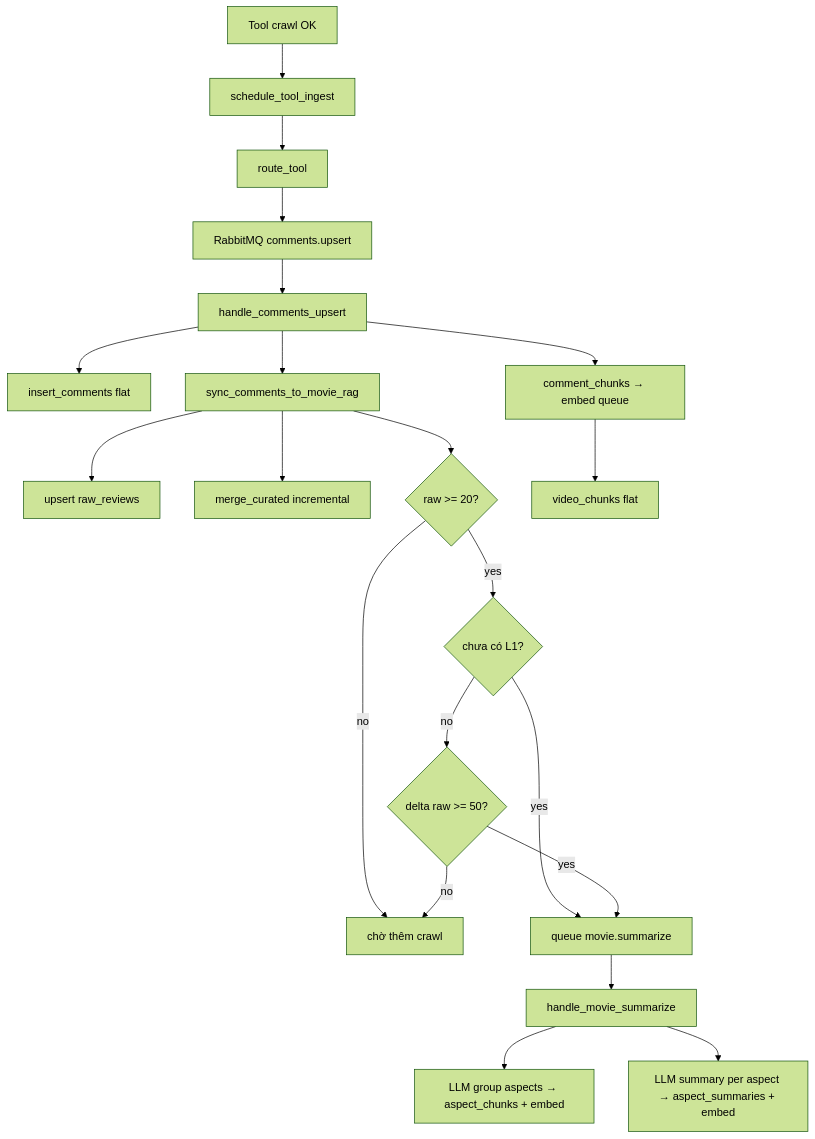
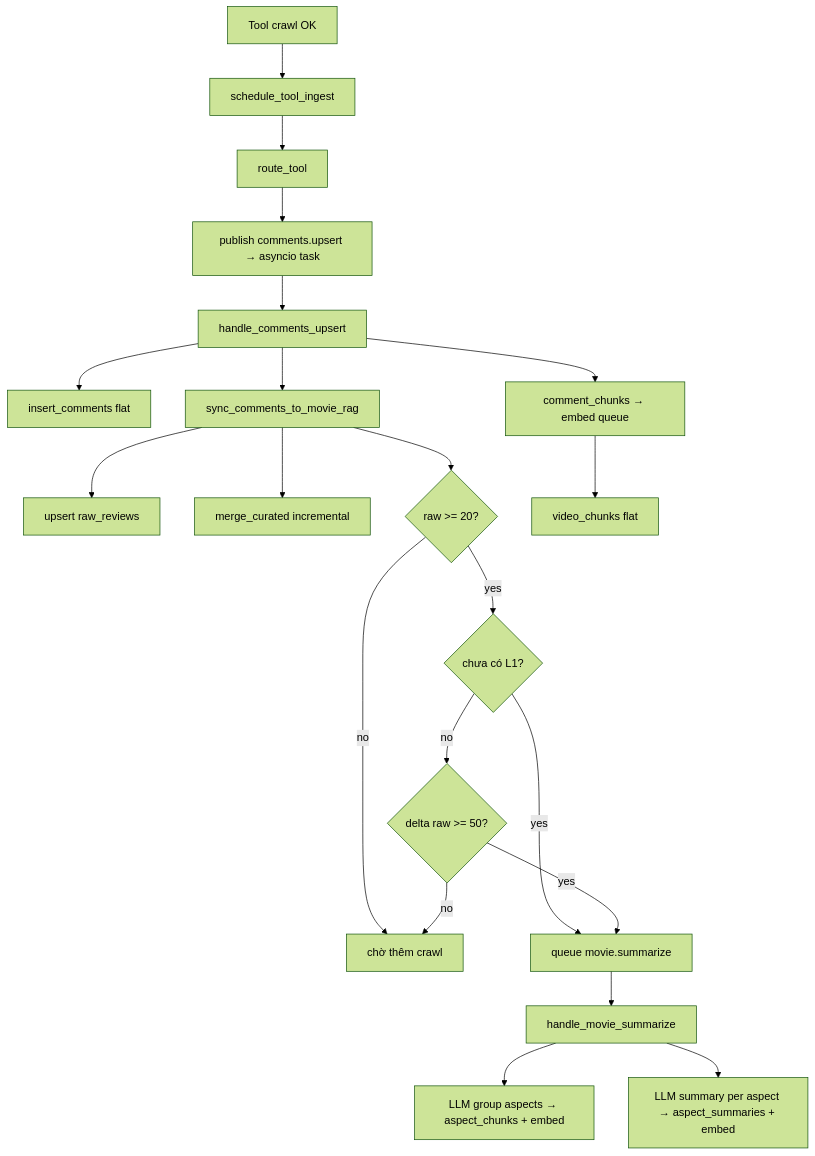
One commit to himmler0225/ai-layer changed the second of 2 diagrams in docs/RAG-GUIDE.md. Above: the diagram before and after it, drawn with Mermaid (forest theme). The commit also changed other lines of this file and 37 other files, not shown here.

````diff
--- a/docs/RAG-GUIDE.md
+++ b/docs/RAG-GUIDE.md
@@ -124,23 +124,23 @@
 ```mermaid
 flowchart TD
     A[Tool crawl OK] --> B[schedule_tool_ingest]
     B --> C[route_tool]
-    C --> D[RabbitMQ comments.upsert]
+    C --> D[publish comments.upsert → asyncio task]
     D --> E[handle_comments_upsert]
     E --> F[insert_comments flat]
     E --> G[sync_comments_to_movie_rag]
     G --> H[upsert raw_reviews]
     G --> I[merge_curated incremental]
     G --> J{raw >= 20?}
     J -->|no| L[chờ thêm crawl]
     J -->|yes| J2{chưa có L1?}
     J2 -->|yes| K[queue movie.summarize]
     J2 -->|no| J3{delta raw >= 50?}
     J3 -->|yes| K
     J3 -->|no| L
     K --> M[handle_movie_summarize]
     M --> N[LLM group aspects → aspect_chunks + embed]
     M --> O[LLM summary per aspect → aspect_summaries + embed]
     E --> P[comment_chunks → embed queue]
     P --> Q[video_chunks flat]
 ```
````
